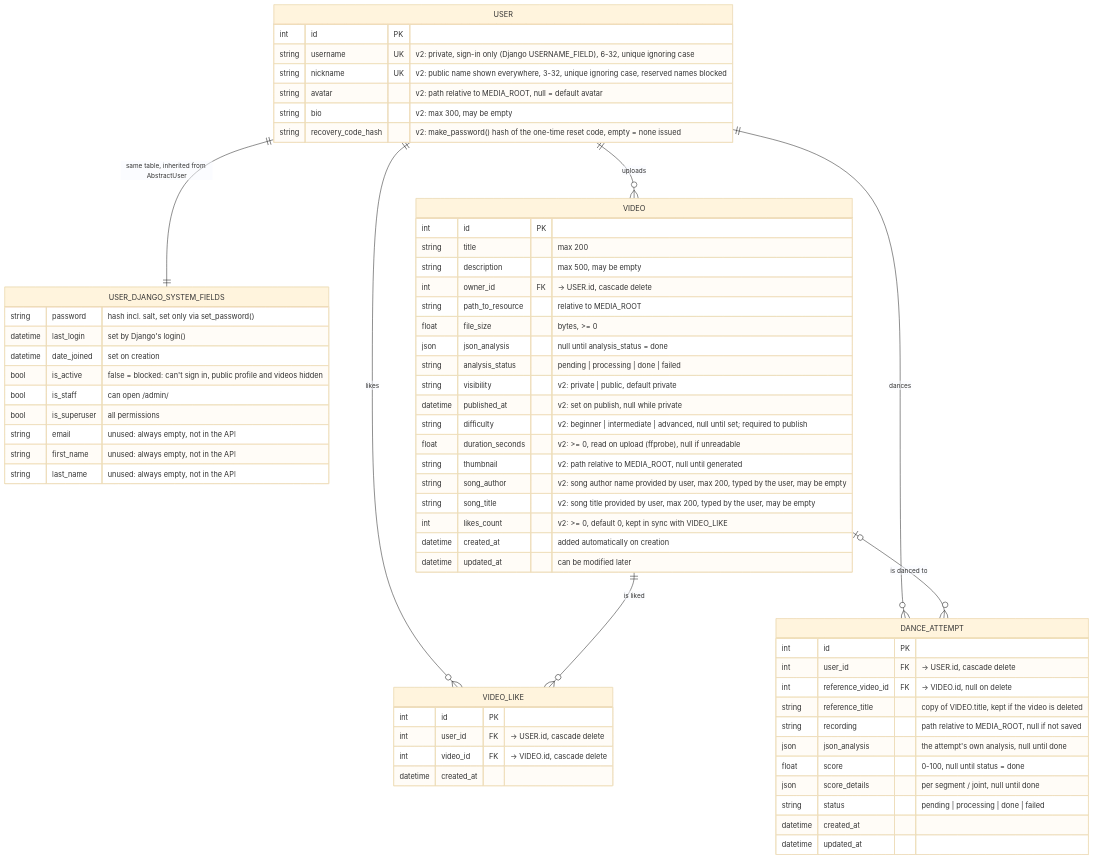
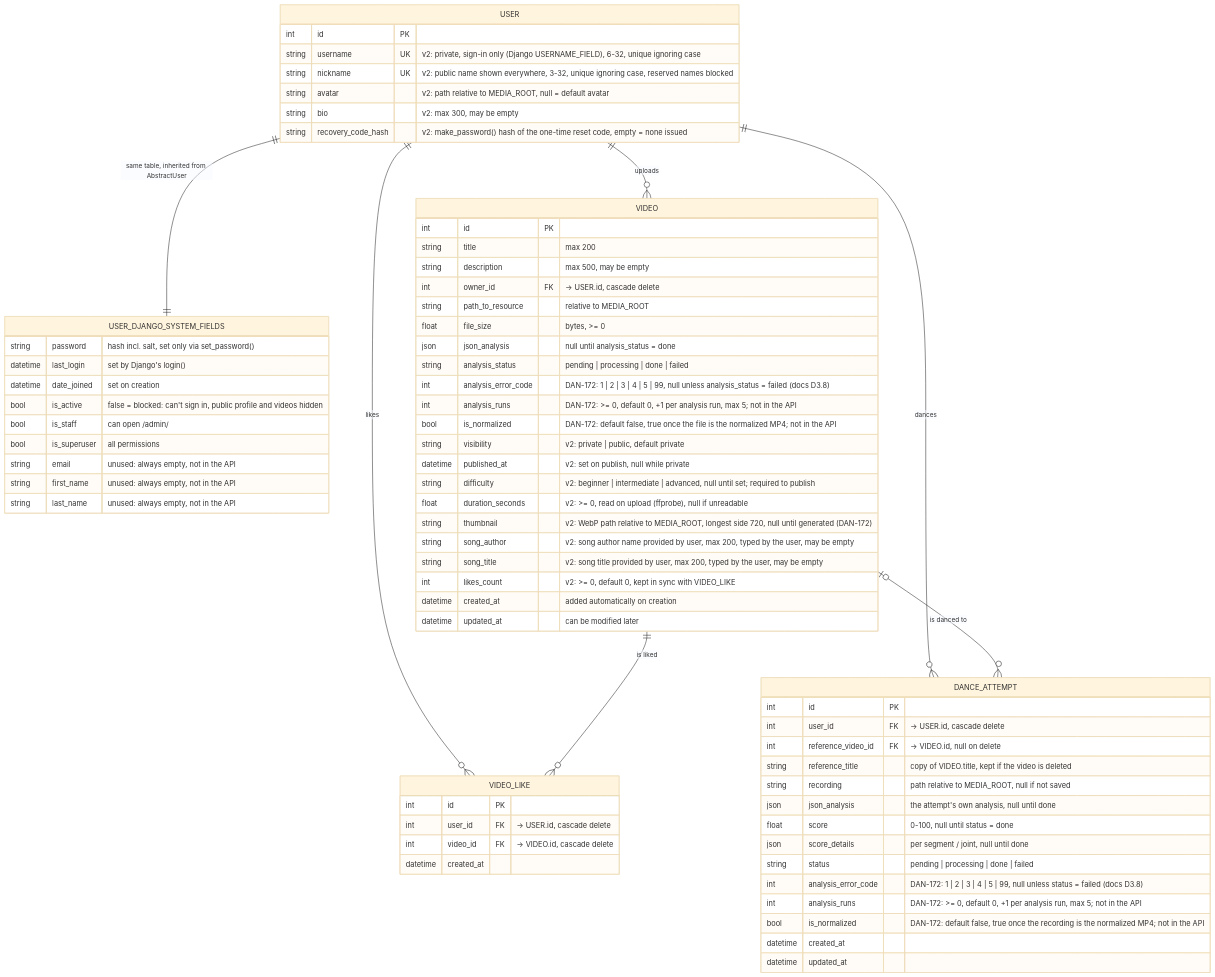
One commit to p0mpon/zpi-dancingbuddy changed the diagram in backend/db/diagram/v2.md. Above: the diagram before and after it, drawn with Mermaid (base theme). The commit also changed 32 other files, not shown here.

Commit message:
[DAN-73][DAN-178][DAN-172][Dan-173] Normalize videos and recordings, improved keyframes, thumbnails, analysis error codes

````diff
--- a/backend/db/diagram/v2.md
+++ b/backend/db/diagram/v2.md
@@ -6,68 +6,74 @@
 ```mermaid
 erDiagram
     USER ||--|| USER_DJANGO_SYSTEM_FIELDS : "same table, inherited from AbstractUser"
     USER ||--o{ VIDEO : uploads
     USER ||--o{ VIDEO_LIKE : likes
     VIDEO ||--o{ VIDEO_LIKE : "is liked"
     USER ||--o{ DANCE_ATTEMPT : dances
     VIDEO |o--o{ DANCE_ATTEMPT : "is danced to"
 
     USER {
         int id PK
         string username UK "v2: private, sign-in only (Django USERNAME_FIELD), 6-32, unique ignoring case"
         string nickname UK "v2: public name shown everywhere, 3-32, unique ignoring case, reserved names blocked"
         string avatar "v2: path relative to MEDIA_ROOT, null = default avatar"
         string bio "v2: max 300, may be empty"
         string recovery_code_hash "v2: make_password() hash of the one-time reset code, empty = none issued"
     }
     USER_DJANGO_SYSTEM_FIELDS {
         string password "hash incl. salt, set only via set_password()"
         datetime last_login "set by Django's login()"
         datetime date_joined "set on creation"
         bool is_active "false = blocked: can't sign in, public profile and videos hidden"
         bool is_staff "can open /admin/"
         bool is_superuser "all permissions"
         string email "unused: always empty, not in the API"
         string first_name "unused: always empty, not in the API"
         string last_name "unused: always empty, not in the API"
     }
     VIDEO {
         int id PK
         string title "max 200"
         string description "max 500, may be empty"
         int owner_id FK "-> USER.id, cascade delete"
         string path_to_resource "relative to MEDIA_ROOT"
         float file_size "bytes, >= 0"
         json json_analysis "null until analysis_status = done"
         string analysis_status "pending | processing | done | failed"
+        int analysis_error_code "DAN-172: 1 | 2 | 3 | 4 | 5 | 99, null unless analysis_status = failed (docs D3.8)"
+        int analysis_runs "DAN-172: >= 0, default 0, +1 per analysis run, max 5; not in the API"
+        bool is_normalized "DAN-172: default false, true once the file is the normalized MP4; not in the API"
         string visibility "v2: private | public, default private"
         datetime published_at "v2: set on publish, null while private"
         string difficulty "v2: beginner | intermediate | advanced, null until set; required to publish"
         float duration_seconds "v2: >= 0, read on upload (ffprobe), null if unreadable"
-        string thumbnail "v2: path relative to MEDIA_ROOT, null until generated"
+        string thumbnail "v2: WebP path relative to MEDIA_ROOT, longest side 720, null until generated (DAN-172)"
         string song_author "v2: song author name provided by user, max 200, typed by the user, may be empty"
         string song_title "v2: song title provided by user, max 200, typed by the user, may be empty"
         int likes_count "v2: >= 0, default 0, kept in sync with VIDEO_LIKE"
         datetime created_at "added automatically on creation"
         datetime updated_at "can be modified later"
     }
     VIDEO_LIKE {
         int id PK
         int user_id FK "-> USER.id, cascade delete"
         int video_id FK "-> VIDEO.id, cascade delete"
         datetime created_at
     }
     DANCE_ATTEMPT {
         int id PK
         int user_id FK "-> USER.id, cascade delete"
         int reference_video_id FK "-> VIDEO.id, null on delete"
         string reference_title "copy of VIDEO.title, kept if the video is deleted"
         string recording "path relative to MEDIA_ROOT, null if not saved"
         json json_analysis "the attempt's own analysis, null until done"
         float score "0-100, null until status = done"
         json score_details "per segment / joint, null until done"
         string status "pending | processing | done | failed"
+        int analysis_error_code "DAN-172: 1 | 2 | 3 | 4 | 5 | 99, null unless status = failed (docs D3.8)"
+        int analysis_runs "DAN-172: >= 0, default 0, +1 per analysis run, max 5; not in the API"
+        bool is_normalized "DAN-172: default false, true once the recording is the normalized MP4; not in the API"
         datetime created_at
         datetime updated_at
     }
 ```
````
